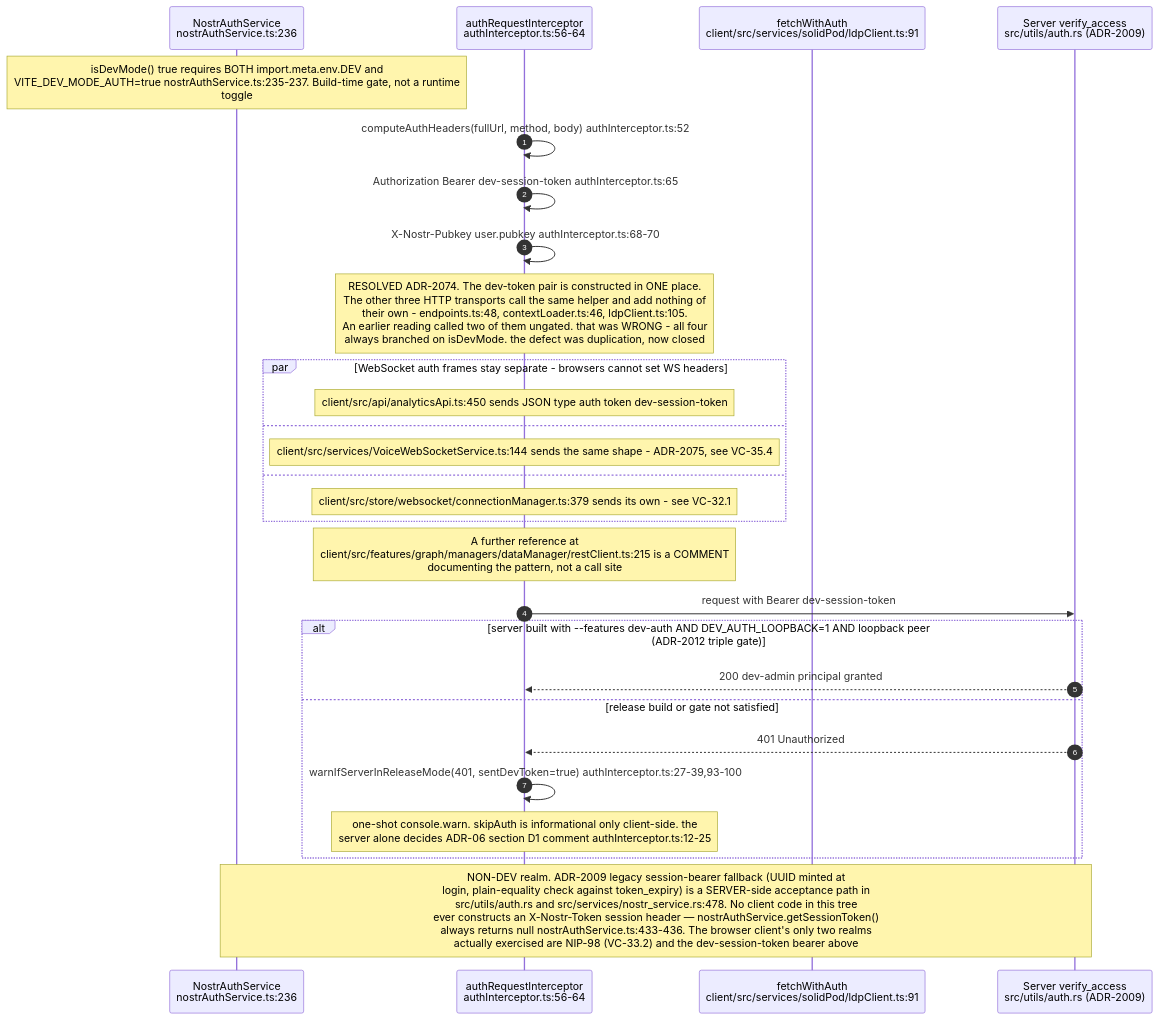
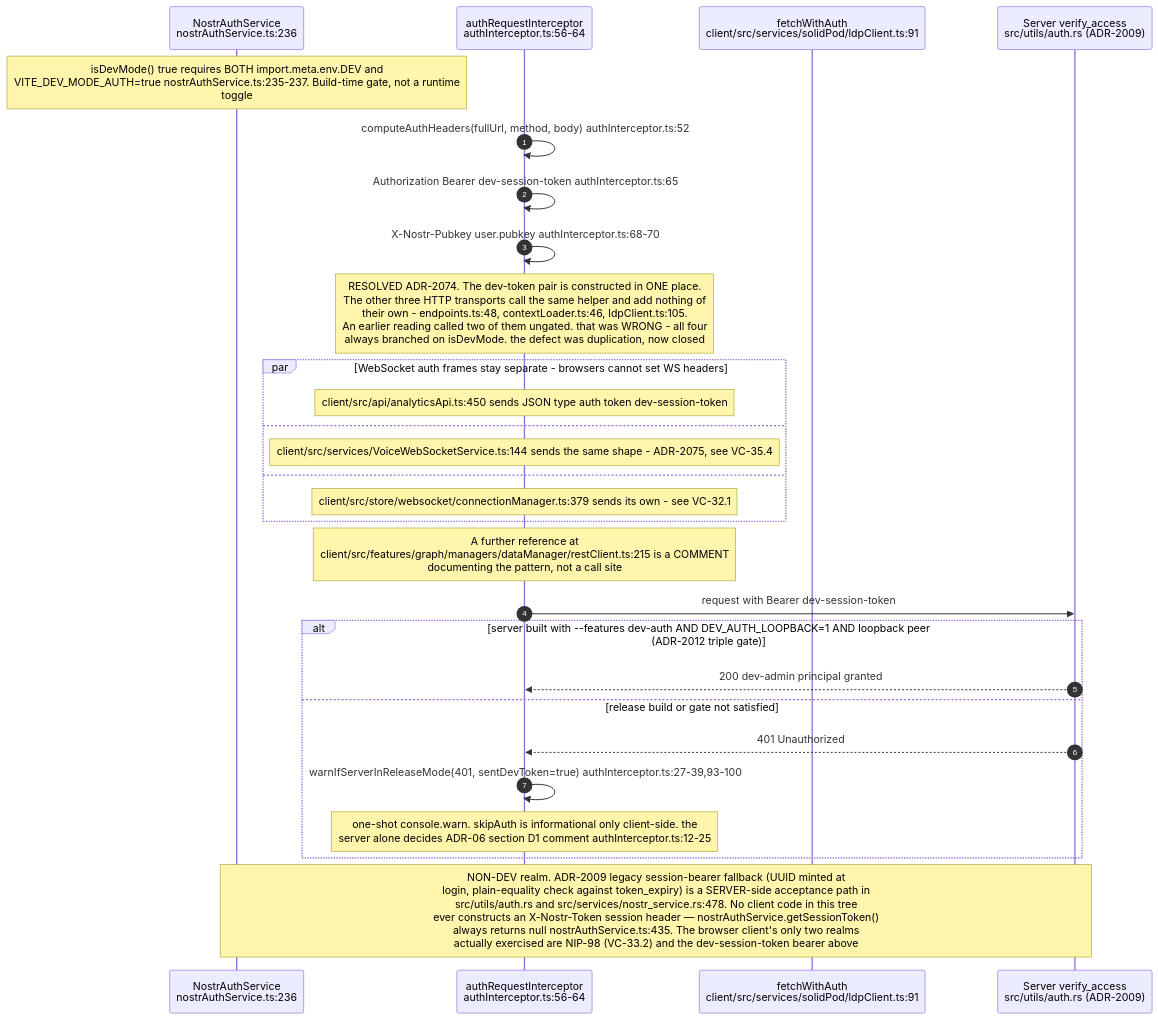
Before and after one commit to DreamLab-AI/VisionFlow: the third of 9 diagrams in docs/diagrams/visionclaw/33-client-auth-and-identity.md, drawn with Mermaid. The commit also changed other lines of this file and 51 other files, not shown here.

First line of the commit message:
docs(diagrams): agentbox AB-01..13 re-attested anchor by anchor (980 anchors, 22 defects); checkpoint against an out-of-mesh writer

````diff
--- a/docs/diagrams/visionclaw/33-client-auth-and-identity.md
+++ b/docs/diagrams/visionclaw/33-client-auth-and-identity.md
@@ -156,32 +156,32 @@
 ```mermaid
 sequenceDiagram
     autonumber
     participant NA as NostrAuthService<br/>nostrAuthService.ts:236
     participant AI as authRequestInterceptor<br/>authInterceptor.ts:56-64
     participant LDP as fetchWithAuth<br/>client/src/services/solidPod/ldpClient.ts:91
     participant S as Server verify_access<br/>src/utils/auth.rs (ADR-2009)
 
     Note over NA: isDevMode() true requires BOTH import.meta.env.DEV and<br/>VITE_DEV_MODE_AUTH=true nostrAuthService.ts:235-237. Build-time gate, not a runtime<br/>toggle
     AI->>AI: computeAuthHeaders(fullUrl, method, body) authInterceptor.ts:52
     AI->>AI: Authorization Bearer dev-session-token authInterceptor.ts:65
     AI->>AI: X-Nostr-Pubkey user.pubkey authInterceptor.ts:68-70
     Note over AI: RESOLVED ADR-2074. The dev-token pair is constructed in ONE place.<br/>The other three HTTP transports call the same helper and add nothing of<br/>their own - endpoints.ts:48, contextLoader.ts:46, ldpClient.ts:105.<br/>An earlier reading called two of them ungated. that was WRONG - all four<br/>always branched on isDevMode. the defect was duplication, now closed
     par WebSocket auth frames stay separate - browsers cannot set WS headers
         Note over AI: client/src/api/analyticsApi.ts:450 sends JSON type auth token dev-session-token
     and
         Note over AI: client/src/services/VoiceWebSocketService.ts:144 sends the same shape - ADR-2075, see VC-35.4
     and
         Note over AI: client/src/store/websocket/connectionManager.ts:379 sends its own - see VC-32.1
     end
     Note over AI: A further reference at<br/>client/src/features/graph/managers/dataManager/restClient.ts:215 is a COMMENT<br/>documenting the pattern, not a call site
     AI->>S: request with Bearer dev-session-token
     alt server built with --features dev-auth AND DEV_AUTH_LOOPBACK=1 AND loopback peer<br/>(ADR-2012 triple gate)
         S-->>AI: 200 dev-admin principal granted
     else release build or gate not satisfied
         S-->>AI: 401 Unauthorized
         AI->>AI: warnIfServerInReleaseMode(401, sentDevToken=true) authInterceptor.ts:27-39,93-100
         Note over AI: one-shot console.warn. skipAuth is informational only client-side. the<br/>server alone decides ADR-06 section D1 comment authInterceptor.ts:12-25
     end
 
-    Note over NA,S: NON-DEV realm. ADR-2009 legacy session-bearer fallback (UUID minted at<br/>login, plain-equality check against token_expiry) is a SERVER-side acceptance path in<br/>src/utils/auth.rs and src/services/nostr_service.rs:478. No client code in this tree<br/>ever constructs an X-Nostr-Token session header — nostrAuthService.getSessionToken()<br/>always returns null nostrAuthService.ts:433-436. The browser client's only two realms<br/>actually exercised are NIP-98 (VC-33.2) and the dev-session-token bearer above
+    Note over NA,S: NON-DEV realm. ADR-2009 legacy session-bearer fallback (UUID minted at<br/>login, plain-equality check against token_expiry) is a SERVER-side acceptance path in<br/>src/utils/auth.rs and src/services/nostr_service.rs:478. No client code in this tree<br/>ever constructs an X-Nostr-Token session header — nostrAuthService.getSessionToken()<br/>always returns null nostrAuthService.ts:435. The browser client's only two realms<br/>actually exercised are NIP-98 (VC-33.2) and the dev-session-token bearer above
 ```
````
